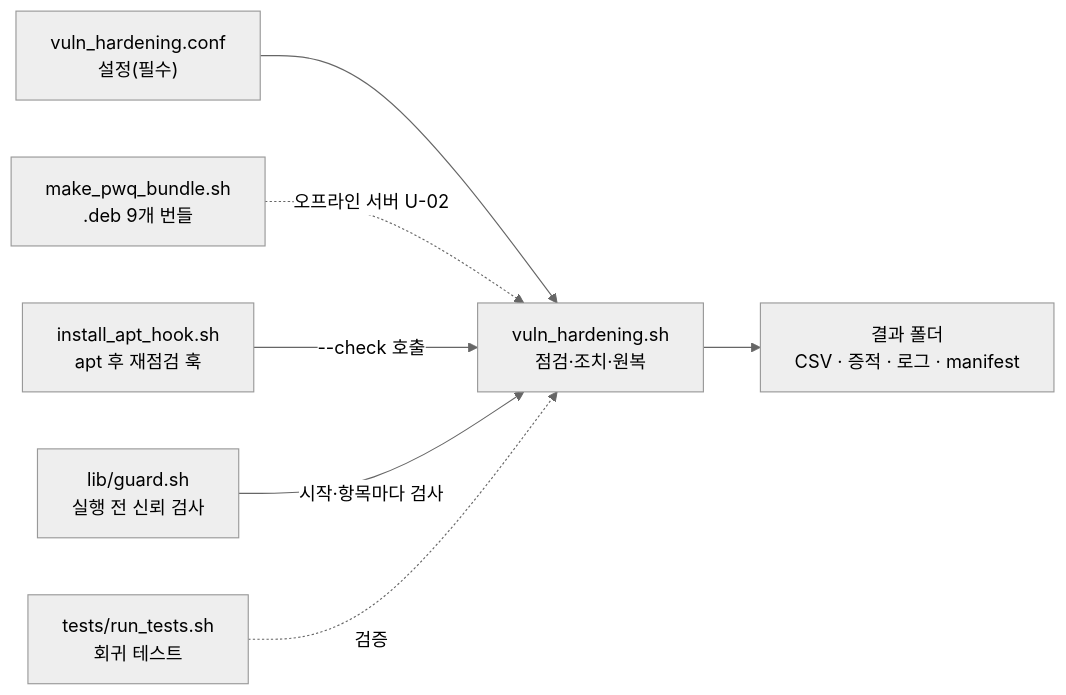
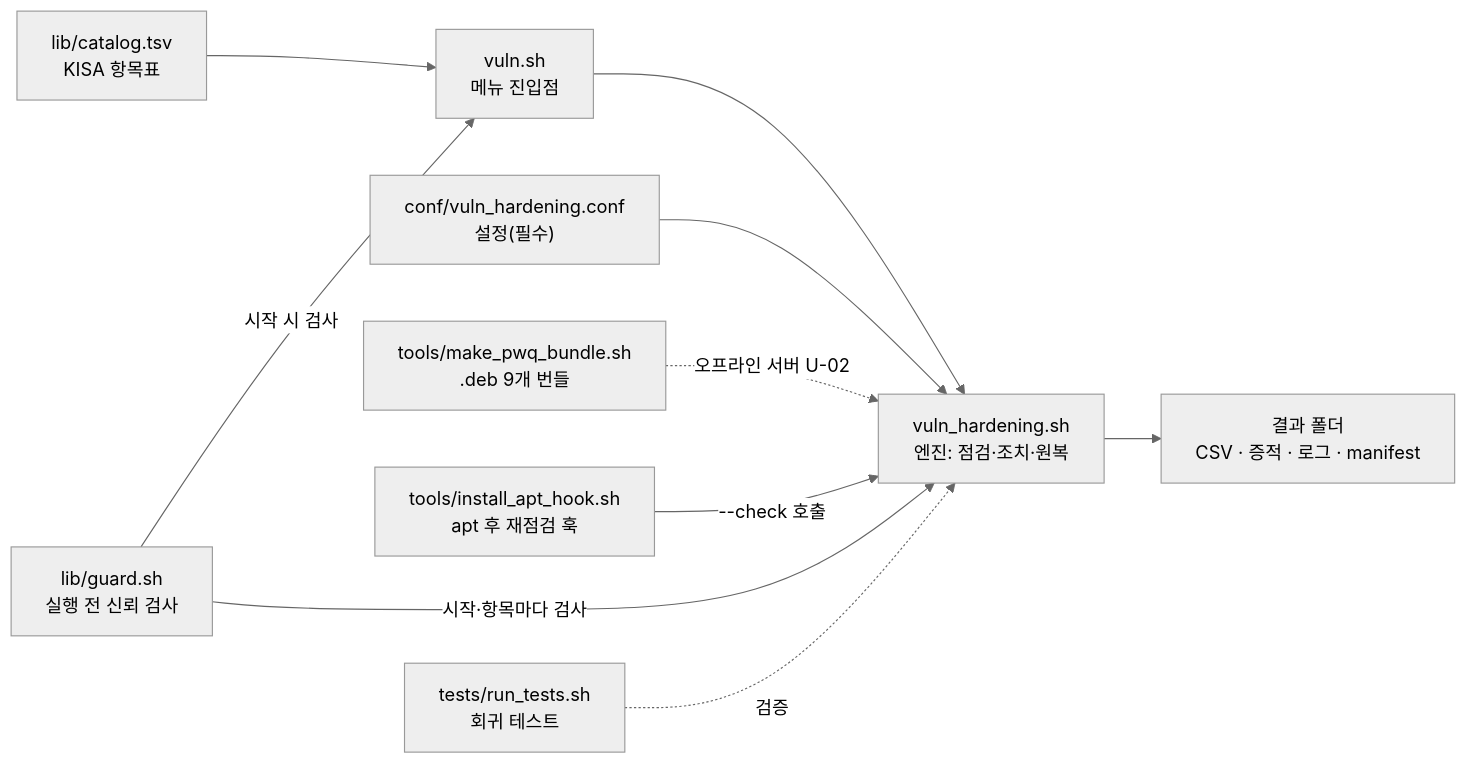
Before and after one commit to yanos0218/Tools: the first of 4 diagrams in vulnerability/docs/architecture.md, drawn with Mermaid (neutral theme). The commit also changed 12 other files, not shown here.

````diff
--- a/vulnerability/docs/architecture.md
+++ b/vulnerability/docs/architecture.md
@@ -7,9 +7,12 @@
 ```mermaid
 flowchart LR
-  conf["vuln_hardening.conf<br/>설정(필수)"] --> main["vuln_hardening.sh<br/>점검·조치·원복"]
-  bundle["make_pwq_bundle.sh<br/>.deb 9개 번들"] -. "오프라인 서버 U-02" .-> main
-  hook["install_apt_hook.sh<br/>apt 후 재점검 훅"] -- "--check 호출" --> main
+  menu["vuln.sh<br/>메뉴 진입점"] --> main["vuln_hardening.sh<br/>엔진: 점검·조치·원복"]
+  cat["lib/catalog.tsv<br/>KISA 항목표"] --> menu
+  conf["conf/vuln_hardening.conf<br/>설정(필수)"] --> main
+  bundle["tools/make_pwq_bundle.sh<br/>.deb 9개 번들"] -. "오프라인 서버 U-02" .-> main
+  hook["tools/install_apt_hook.sh<br/>apt 후 재점검 훅"] -- "--check 호출" --> main
   guard["lib/guard.sh<br/>실행 전 신뢰 검사"] -- "시작·항목마다 검사" --> main
+  guard -- "시작 시 검사" --> menu
   tests["tests/run_tests.sh<br/>회귀 테스트"] -. "검증" .-> main
   main --> out["결과 폴더<br/>CSV · 증적 · 로그 · manifest"]
 ```
````
